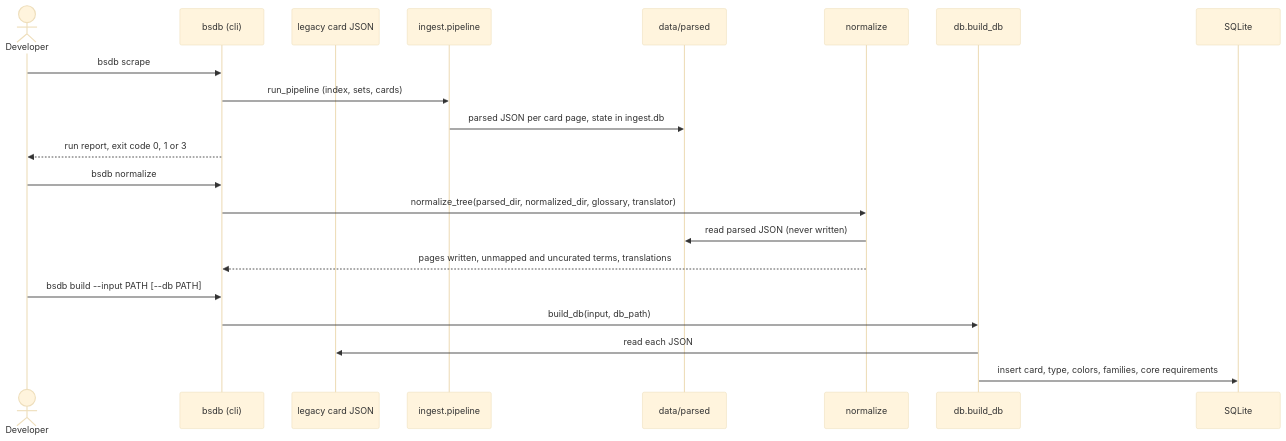
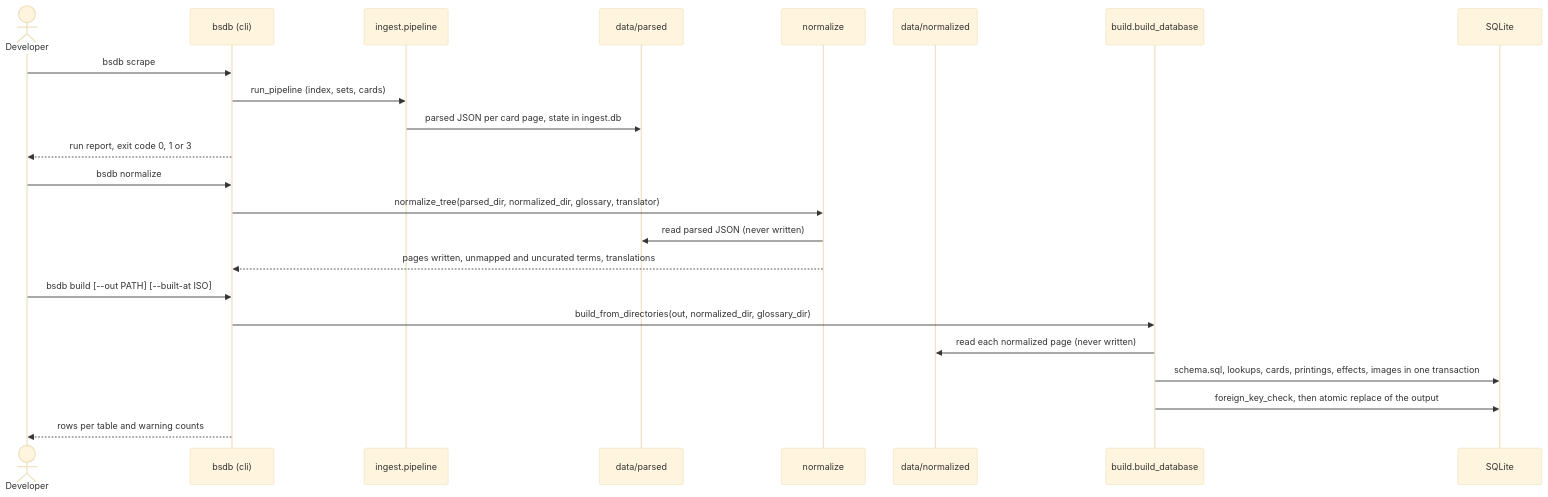
One commit to AleFire99/BS_Database changed the third of 3 diagrams in docs/architecture/overview.md. Above: the diagram before and after it, drawn with Mermaid (base theme). The commit also changed other lines of this file and 11 other files, not shown here.

First line of the commit message:
docs(build): document the build, mark the legacy schema docs and update the guides

````diff
--- a/docs/architecture/overview.md
+++ b/docs/architecture/overview.md
@@ -103,24 +105,26 @@
 ```mermaid
 sequenceDiagram
     actor Dev as Developer
     participant C as bsdb (cli)
-    participant J as legacy card JSON
     participant I as ingest.pipeline
     participant P as data/parsed
     participant N as normalize
-    participant D as db.build_db
+    participant NJ as data/normalized
+    participant D as build.build_database
     participant DB as SQLite
 
     Dev->>C: bsdb scrape
     C->>I: run_pipeline (index, sets, cards)
     I->>P: parsed JSON per card page, state in ingest.db
     C-->>Dev: run report, exit code 0, 1 or 3
     Dev->>C: bsdb normalize
     C->>N: normalize_tree(parsed_dir, normalized_dir, glossary, translator)
     N->>P: read parsed JSON (never written)
     N-->>C: pages written, unmapped and uncurated terms, translations
-    Dev->>C: bsdb build --input PATH [--db PATH]
-    C->>D: build_db(input, db_path)
-    D->>J: read each JSON
-    D->>DB: insert card, type, colors, families, core requirements
+    Dev->>C: bsdb build [--out PATH] [--built-at ISO]
+    C->>D: build_from_directories(out, normalized_dir, glossary_dir)
+    D->>NJ: read each normalized page (never written)
+    D->>DB: schema.sql, lookups, cards, printings, effects, images in one transaction
+    D->>DB: foreign_key_check, then atomic replace of the output
+    C-->>Dev: rows per table and warning counts
 ```
````
